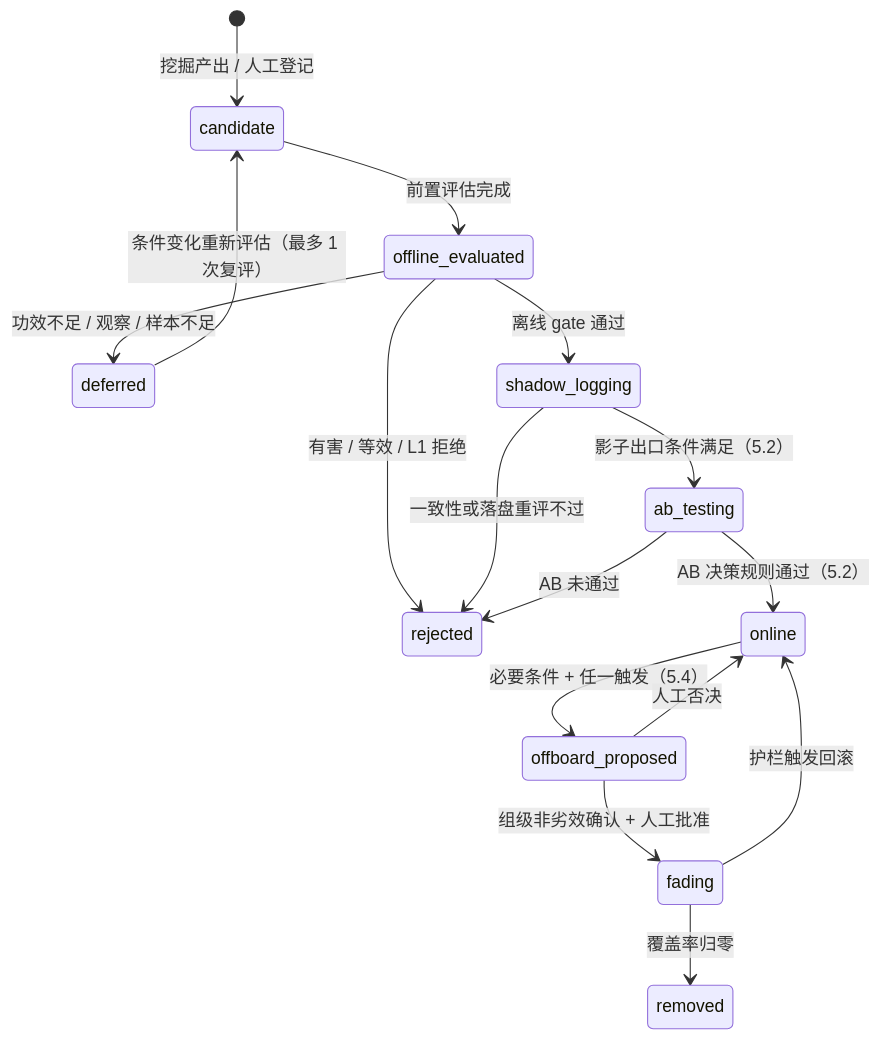
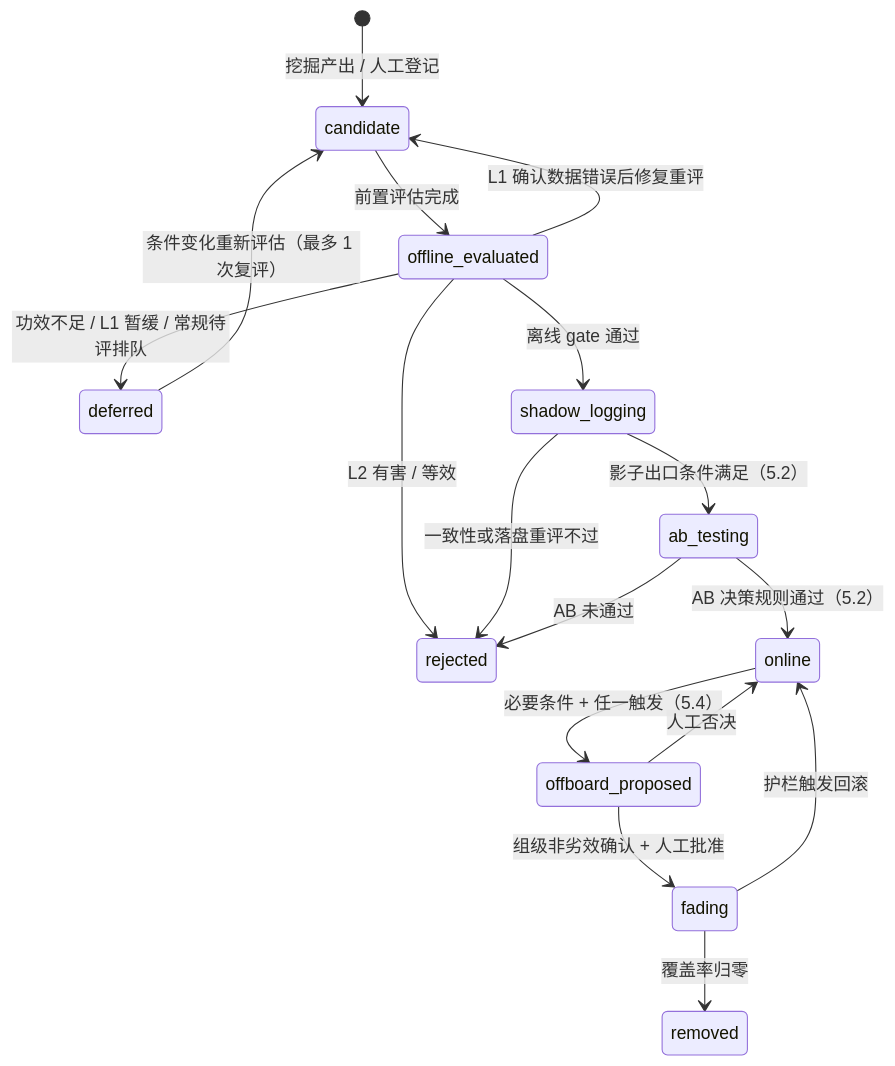
One commit to Milittle/feature-engineering changed the third of 3 diagrams in docs/总体方案设计.md. Above: the diagram before and after it, drawn with Mermaid. The commit also changed other lines of this file and 8 other files, not shown here.

````diff
--- a/docs/总体方案设计.md
+++ b/docs/总体方案设计.md
@@ -558,18 +590,19 @@
 ```mermaid
 stateDiagram-v2
   [*] --> candidate: 挖掘产出 / 人工登记
   candidate --> offline_evaluated: 前置评估完成
-  offline_evaluated --> rejected: 有害 / 等效 / L1 拒绝
-  offline_evaluated --> deferred: 功效不足 / 观察 / 样本不足
+  offline_evaluated --> rejected: L2 有害 / 等效
+  offline_evaluated --> candidate: L1 确认数据错误后修复重评
+  offline_evaluated --> deferred: 功效不足 / L1 暂缓 / 常规待评排队
   deferred --> candidate: 条件变化重新评估（最多 1 次复评）
   offline_evaluated --> shadow_logging: 离线 gate 通过
   shadow_logging --> ab_testing: 影子出口条件满足（5.2）
   shadow_logging --> rejected: 一致性或落盘重评不过
   ab_testing --> online: AB 决策规则通过（5.2）
   ab_testing --> rejected: AB 未通过
   online --> offboard_proposed: 必要条件 + 任一触发（5.4）
   offboard_proposed --> online: 人工否决
   offboard_proposed --> fading: 组级非劣效确认 + 人工批准
   fading --> online: 护栏触发回滚
   fading --> removed: 覆盖率归零
 ```
````
